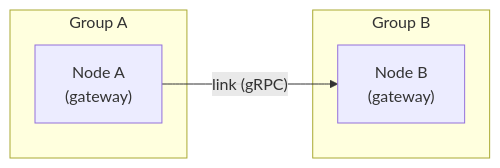
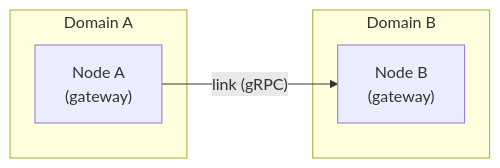
One commit to agntcy/slim changed the first of 2 diagrams in docs/content/slim/architecture/routing.md. Above: the diagram before and after it, drawn with Mermaid. The commit also changed other lines of this file and 7 other files, not shown here.

First line of the commit message:
docs(routing): rename routing concept group → domain

````diff
--- a/docs/content/slim/architecture/routing.md
+++ b/docs/content/slim/architecture/routing.md
@@ -25,10 +25,10 @@
 ```mermaid
 graph LR
-    subgraph "Group A"
+    subgraph "Domain A"
         gw-a["Node A\n(gateway)"]
     end
-    subgraph "Group B"
+    subgraph "Domain B"
         gw-b["Node B\n(gateway)"]
     end
     gw-a -- "link (gRPC)" --> gw-b
 ```
````
